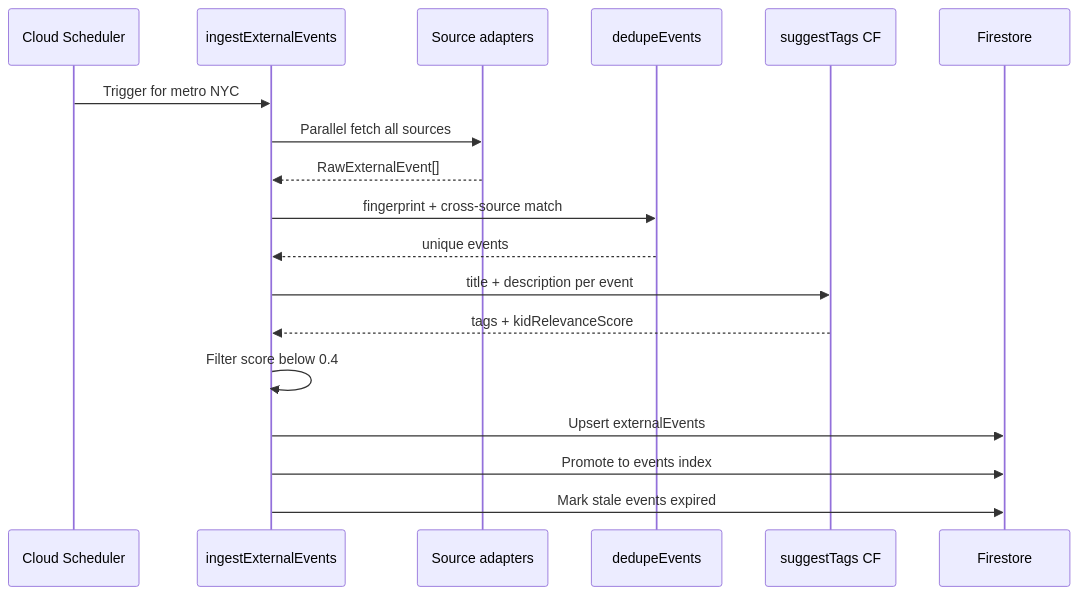
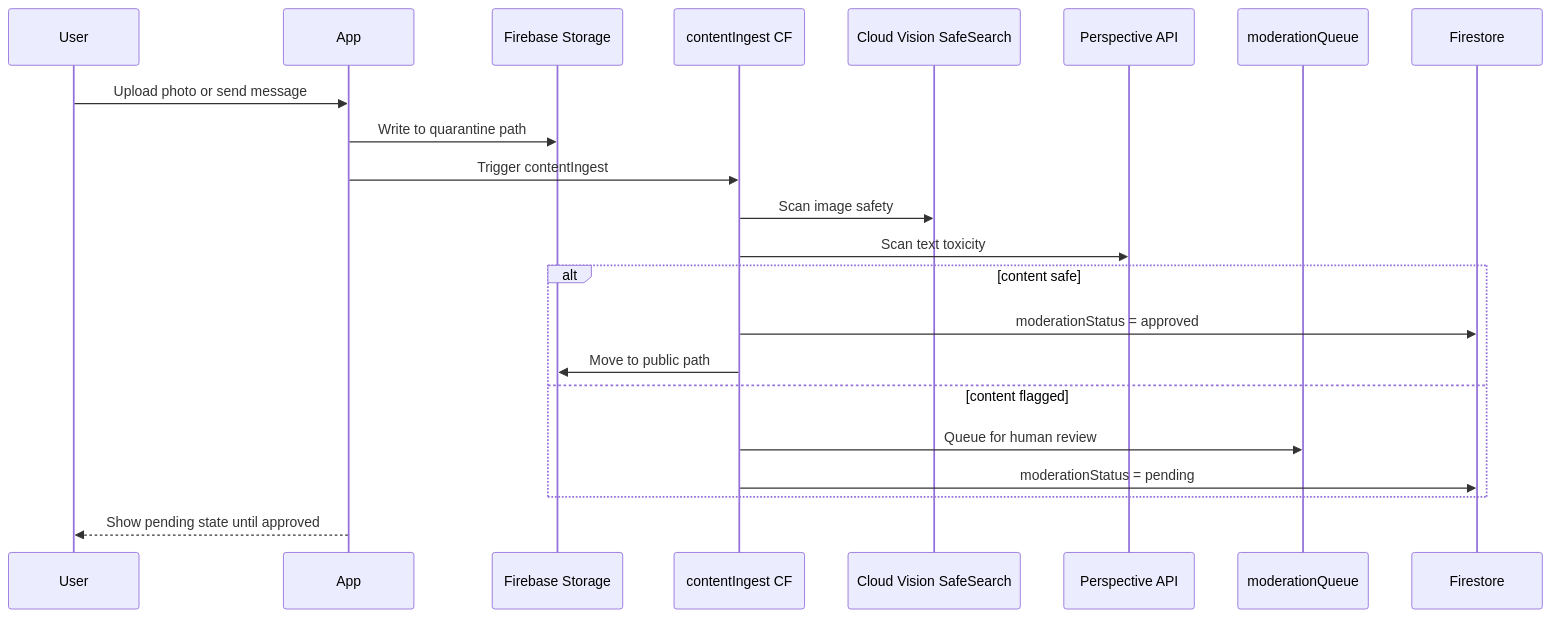
Before and after one commit to smmoose1/recess: the third of 3 diagrams in PLAN.md, drawn with Mermaid. The commit also changed other lines of this file, not shown here.

````diff
--- a/PLAN.md
+++ b/PLAN.md
@@ -434,21 +492,25 @@
 ```mermaid
 sequenceDiagram
-    participant Cron as Cloud Scheduler
-    participant Ingest as ingestExternalEvents
-    participant Adapters as Source adapters
-    participant Dedupe as dedupeEvents
-    participant Tags as suggestTags CF
-    participant FS as Firestore
+    participant User
+    participant App
+    participant Storage as Firebase Storage
+    participant Ingest as contentIngest CF
+    participant Vision as Cloud Vision SafeSearch
+    participant Perspective as Perspective API
+    participant ModQueue as moderationQueue
+    participant Firestore
 
-    Cron->>Ingest: Trigger for metro NYC
-    Ingest->>Adapters: Parallel fetch all sources
-    Adapters-->>Ingest: RawExternalEvent[]
-    Ingest->>Dedupe: fingerprint + cross-source match
-    Dedupe-->>Ingest: unique events
-    Ingest->>Tags: title + description per event
-    Tags-->>Ingest: tags + kidRelevanceScore
-    Ingest->>Ingest: Filter score below 0.4
-    Ingest->>FS: Upsert externalEvents
-    Ingest->>FS: Promote to events index
-    Ingest->>FS: Mark stale events expired
+    User->>App: Upload photo or send message
+    App->>Storage: Write to quarantine path
+    App->>Ingest: Trigger contentIngest
+    Ingest->>Vision: Scan image safety
+    Ingest->>Perspective: Scan text toxicity
+    alt content safe
+        Ingest->>Firestore: moderationStatus = approved
+        Ingest->>Storage: Move to public path
+    else content flagged
+        Ingest->>ModQueue: Queue for human review
+        Ingest->>Firestore: moderationStatus = pending
+    end
+    App-->>User: Show pending state until approved
 ```
````
